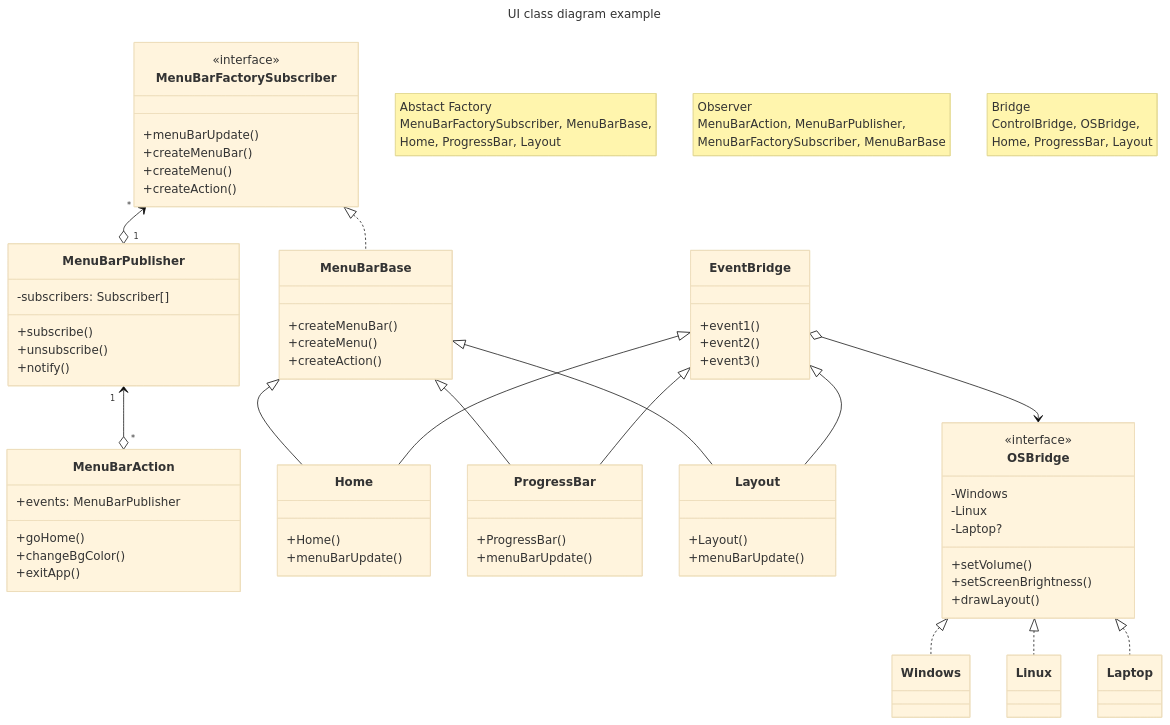
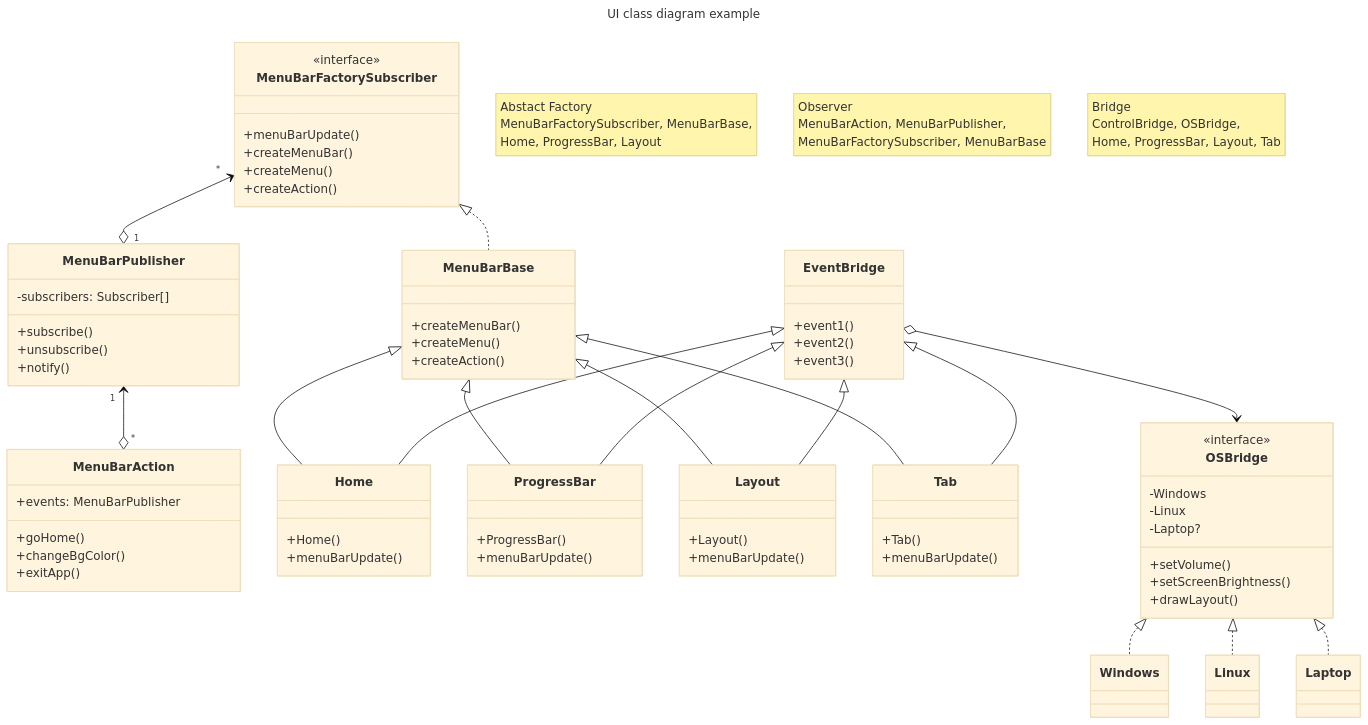
The first of 2 diagrams in qt_ws/README.md (ssarl2/cpp-practice), drawn with Mermaid (base theme) before and after one commit. The commit also changed other lines of this file and 7 other files, not shown here.

Commit message:
Add a base Tab class

```diff
--- a/qt_ws/README.md
+++ b/qt_ws/README.md
@@ -133,16 +133,18 @@
     MenuBarFactorySubscriber, MenuBarBase"
     note "Bridge
     ControlBridge, OSBridge, 
-    Home, ProgressBar, Layout"
+    Home, ProgressBar, Layout, Tab"
     MenuBarPublisher "1" <--o "*" MenuBarAction
     MenuBarFactorySubscriber "*" <--o "1" MenuBarPublisher
     MenuBarFactorySubscriber <|.. MenuBarBase
     MenuBarBase <|-- Home
     MenuBarBase <|-- ProgressBar
     MenuBarBase <|-- Layout
+    MenuBarBase <|-- Tab
     EventBridge <|-- Home
     EventBridge <|-- ProgressBar
     EventBridge <|-- Layout
+    EventBridge <|-- Tab
     EventBridge o--> OSBridge
     OSBridge <|.. Windows
     OSBridge <|.. Linux
@@ -185,6 +187,10 @@
         +Layout()
         +menuBarUpdate()
     }
+    class Tab{
+        +Tab()
+        +menuBarUpdate()
+    }
     class EventBridge{
         +event1()
         +event2()
```
